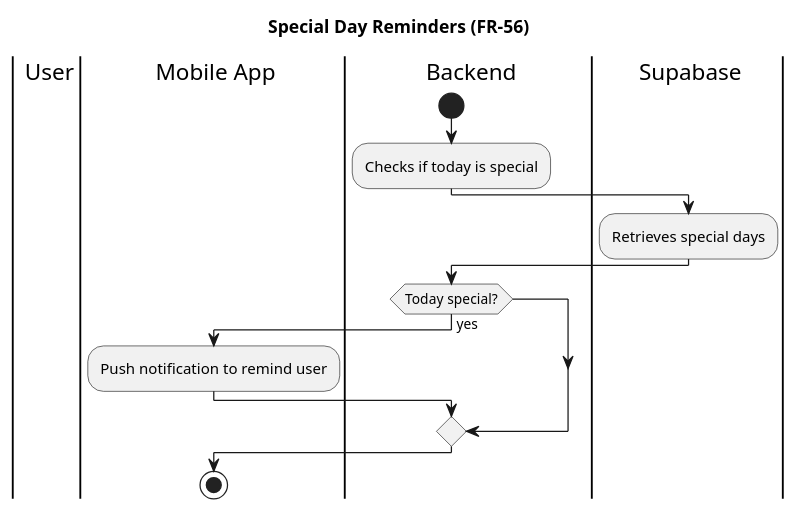
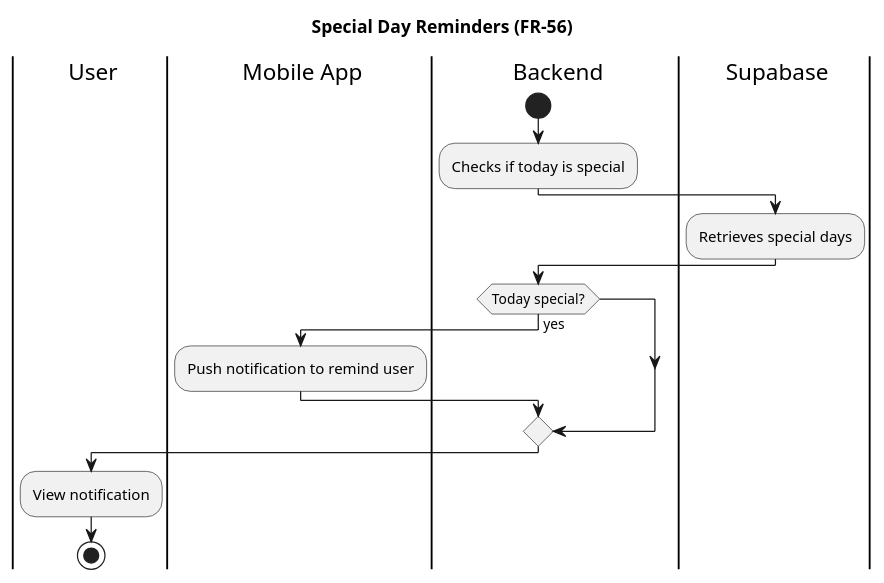
Before and after one commit to owencooke/memento: the diagram in docs/activity/special-day-reminders.puml, drawn with PlantUML. The commit also changed 1 other file, not shown here.

```diff
--- a/docs/activity/special-day-reminders.puml
+++ b/docs/activity/special-day-reminders.puml
@@ -1,23 +1,26 @@
 @startuml
 title Special Day Reminders (FR-56)
 
 |user| User
 |mobile| Mobile App
 |backend| Backend
 |db| Supabase
 
 |backend|
 start
 :Checks if today is special;
 
 |db|
 :Retrieves special days;
 
 |backend|
 if (Today special?) is (yes) then
   |mobile|
   :Push notification to remind user;
 endif
 
+|user|
+:View notification;
+
 stop
 @enduml
```
